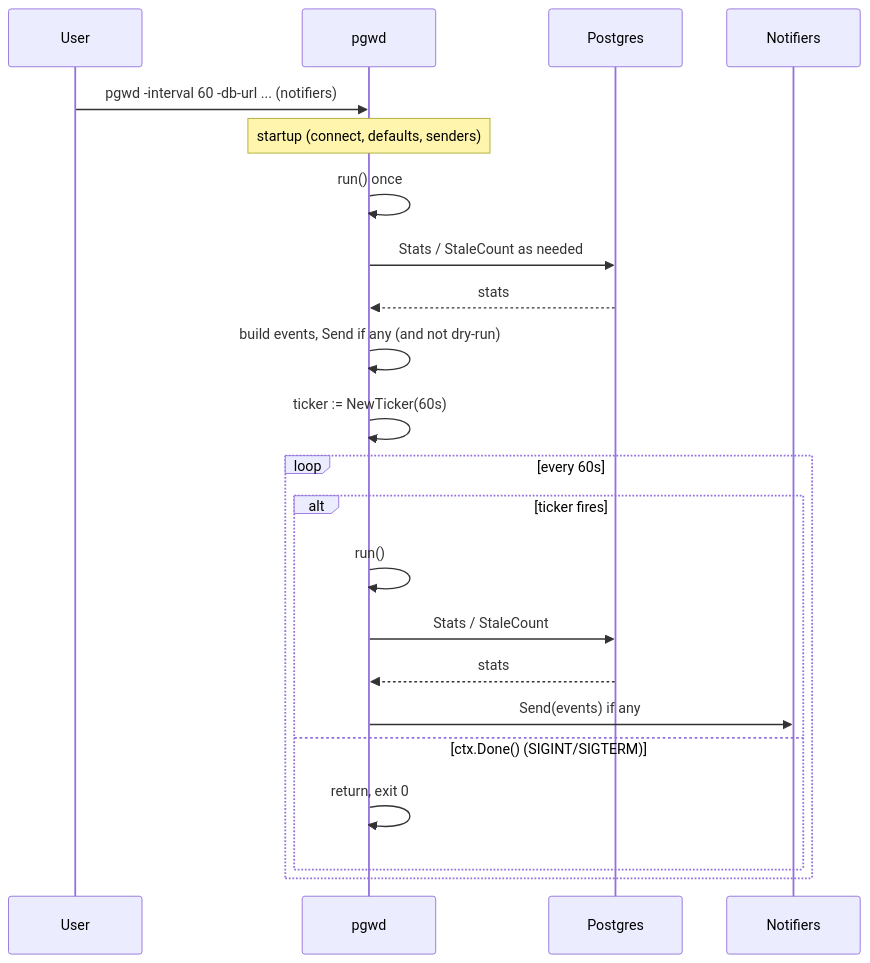
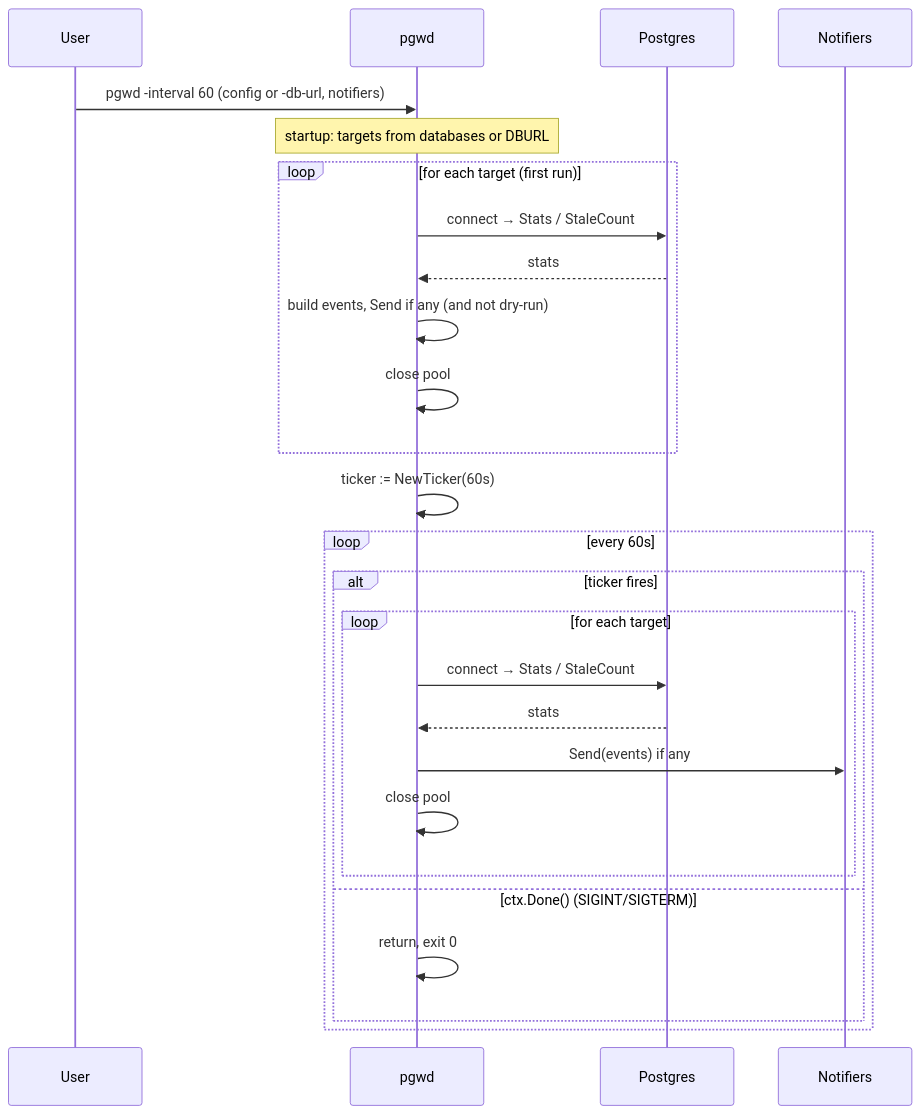
One commit to hrodrig/pgwd changed the diagram in docs/sequence/06-daemon-loop.md. Above: the diagram before and after it, drawn with Mermaid. The commit also changed other lines of this file and 8 other files, not shown here.

First line of the commit message:
refactor(config): deprecate db, canonical databases; add -db-url one-shot override

````diff
--- a/docs/sequence/06-daemon-loop.md
+++ b/docs/sequence/06-daemon-loop.md
@@ -5,25 +5,29 @@
 ```mermaid
 sequenceDiagram
     participant User
     participant pgwd
     participant Postgres
     participant Notifiers
 
-    User->>pgwd: pgwd -interval 60 -db-url ... (notifiers)
-    Note over pgwd: startup (connect, defaults, senders)
-    pgwd->>pgwd: run() once
-    pgwd->>Postgres: Stats / StaleCount as needed
-    Postgres-->>pgwd: stats
-    pgwd->>pgwd: build events, Send if any (and not dry-run)
+    User->>pgwd: pgwd -interval 60 (config or -db-url, notifiers)
+    Note over pgwd: startup: targets from databases or DBURL
+    loop for each target (first run)
+        pgwd->>Postgres: connect → Stats / StaleCount
+        Postgres-->>pgwd: stats
+        pgwd->>pgwd: build events, Send if any (and not dry-run)
+        pgwd->>pgwd: close pool
+    end
     pgwd->>pgwd: ticker := NewTicker(60s)
     loop every 60s
         alt ticker fires
-            pgwd->>pgwd: run()
-            pgwd->>Postgres: Stats / StaleCount
-            Postgres-->>pgwd: stats
-            pgwd->>Notifiers: Send(events) if any
+            loop for each target
+                pgwd->>Postgres: connect → Stats / StaleCount
+                Postgres-->>pgwd: stats
+                pgwd->>Notifiers: Send(events) if any
+                pgwd->>pgwd: close pool
+            end
         else ctx.Done() (SIGINT/SIGTERM)
             pgwd->>pgwd: return, exit 0
         end
     end
 ```
````
